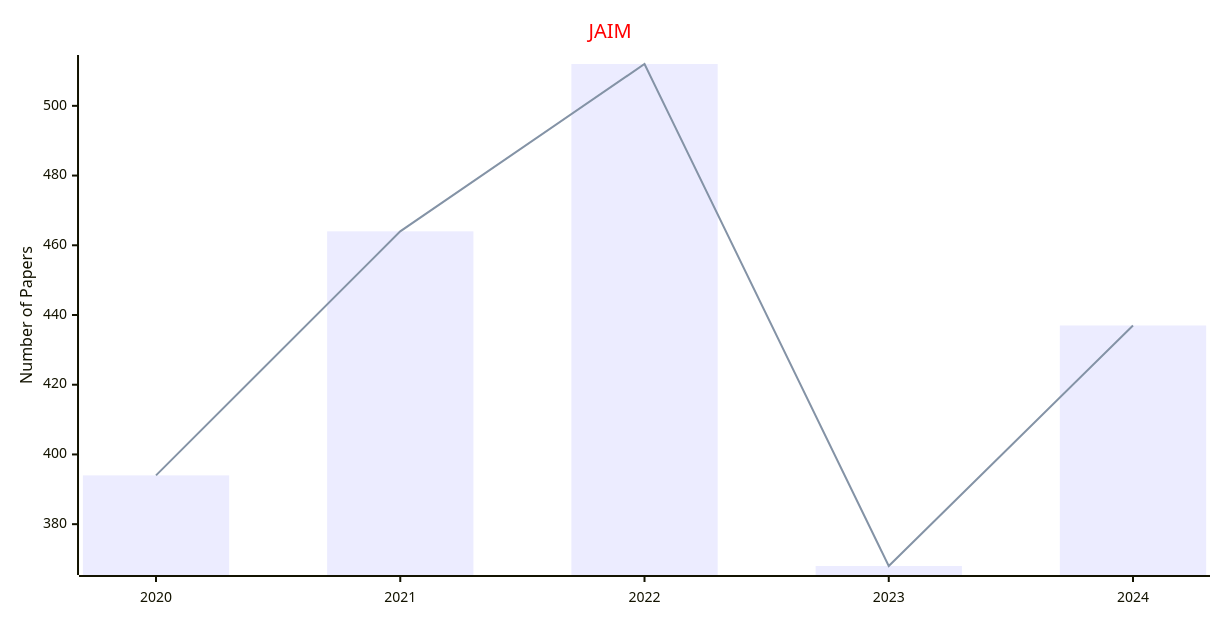
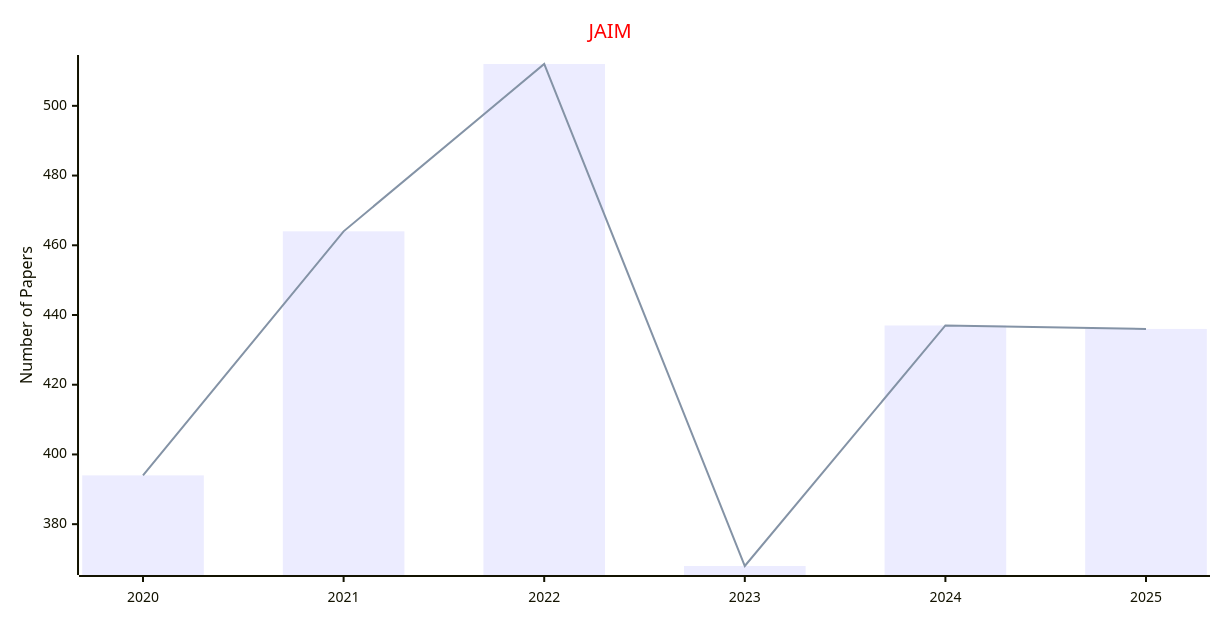
One commit to Easy-PhD/AILinks changed the fourth of 20 diagrams in docs/data/Journals/Statistics_Journals/Mathematics.md. Above: the diagram before and after it, drawn with Mermaid. The commit also changed other lines of this file and 107 other files, not shown here.

````diff
--- a/docs/data/Journals/Statistics_Journals/Mathematics.md
+++ b/docs/data/Journals/Statistics_Journals/Mathematics.md
@@ -81,17 +81,17 @@
 ```mermaid
 ---
 config:
     xyChart:
         width: 1200
         height: 600
     themeVariables:
         xyChart:
             titleColor: "#ff0000"
 ---
 xychart-beta
     title "JAIM"
-    x-axis [2020, 2021, 2022, 2023, 2024]
+    x-axis [2020, 2021, 2022, 2023, 2024, 2025]
     y-axis "Number of Papers"
-    bar [394, 464, 512, 368, 437]
-    line [394, 464, 512, 368, 437]
+    bar [394, 464, 512, 368, 437, 436]
+    line [394, 464, 512, 368, 437, 436]
 ```
````
